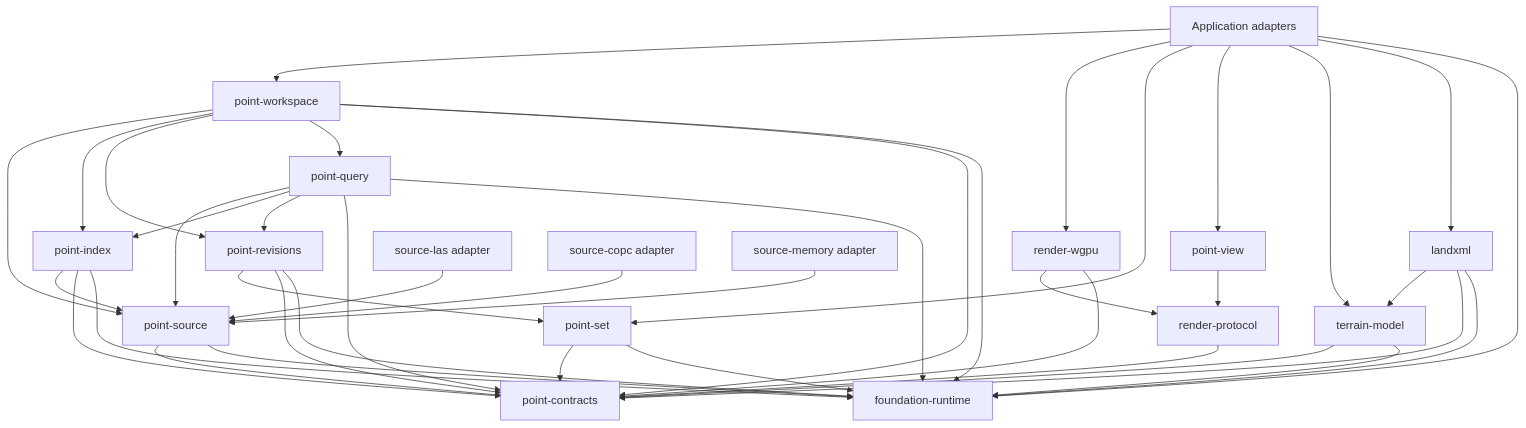
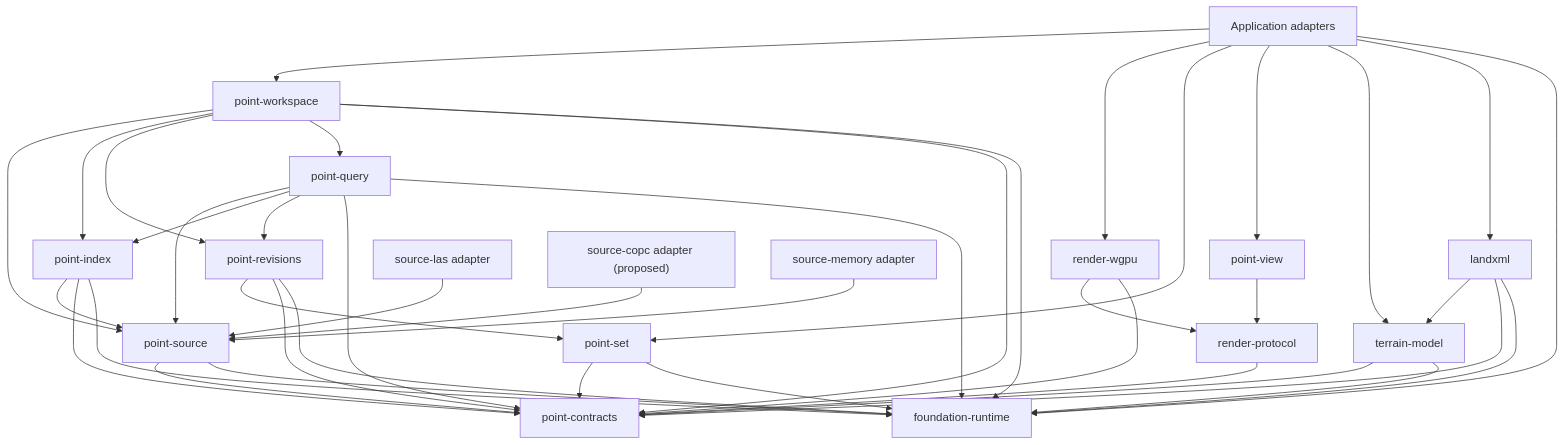
The diagram in docs/architecture/README.md (xxibcill/punctra), drawn with Mermaid before and after one commit. The commit also changed other lines of this file and 21 other files, not shown here.

```diff
--- a/docs/architecture/README.md
+++ b/docs/architecture/README.md
@@ -67,48 +72,48 @@
 ~~~mermaid
 flowchart TD
     APP["Application adapters"] --> WS["point-workspace"]
     APP --> RW["render-wgpu"]
     APP --> SET["point-set"]
     APP --> VIEW["point-view"]
     APP --> TER["terrain-model"]
     APP --> XML["landxml"]
     APP --> RT["foundation-runtime"]
 
     WS --> SRC["point-source"]
     WS --> IDX["point-index"]
     WS --> REV["point-revisions"]
     WS --> QRY["point-query"]
 
     REV --> SET
     IDX --> SRC
     QRY --> SRC
     QRY --> IDX
     QRY --> REV
     VIEW --> RP["render-protocol"]
     TER --> CT["point-contracts"]
     XML --> TER
     XML --> CT
     RW --> RP
     RW --> CT
     RP --> CT
 
     SRC --> CT
     IDX --> CT
     SET --> CT
     REV --> CT
     QRY --> CT
     WS --> CT
 
     SRC --> RT
     IDX --> RT
     SET --> RT
     REV --> RT
     QRY --> RT
     TER --> RT
     XML --> RT
     WS --> RT
 
     LAS["source-las adapter"] --> SRC
-    COPC["source-copc adapter"] --> SRC
+    COPC["source-copc adapter (proposed)"] --> SRC
     MEM["source-memory adapter"] --> SRC
 ~~~
```
